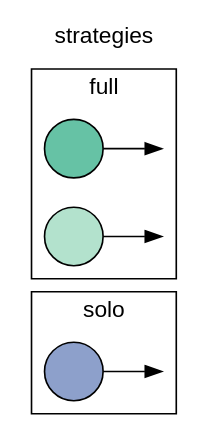
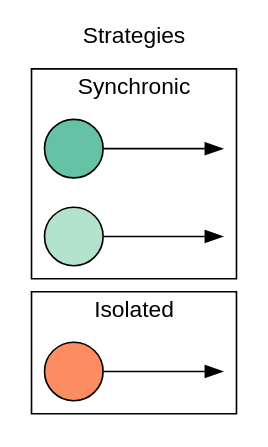
The diagram in totems/inst/extdata/calendar-hours.gv (pedmiston/diachronic-teams), drawn with Graphviz before and after one commit. The commit also changed 3 other files, not shown here.

```diff
--- a/totems/inst/extdata/calendar-hours.gv
+++ b/totems/inst/extdata/calendar-hours.gv
@@ -1,36 +1,39 @@
+// Compare synchronic and isolated while controlling for calendar hours
+
 digraph {
   rankdir=LR;
-  label="strategies";
+  label="Strategies";
   labelloc=t;
   fontname=helvetica;
   // bgcolor=transparent;
 
   node[fontname=helvetica; label=""; style=filled];
+  edge[minlen=2];
 
   // Set cluster order (top to bottom) by initializing
   // nodes in each cluster starting from bottom to top
   s1, f1;
 
   // Shapes are projects
   s1, f1, f2[shape=circle];
 
   // Colors are people
-s1[fillcolor="#8DA0CB"];
+  s1[fillcolor="#FC8D62"];
   f1[fillcolor="#66C2A5"];
   f2[fillcolor="#b3e2cd"];
 
   // Invisible last nodes
   sinv1, finv1, finv2[style=invis, width=0];
 
   subgraph cluster1 {
-    label="solo";
+    label="Isolated";
     s1 -> sinv1;
   }
 
   subgraph cluster2 {
-    label="full";
+    label="Synchronic";
     f1 -> finv1;
     f2 -> finv2;
   }
 
 }
```
